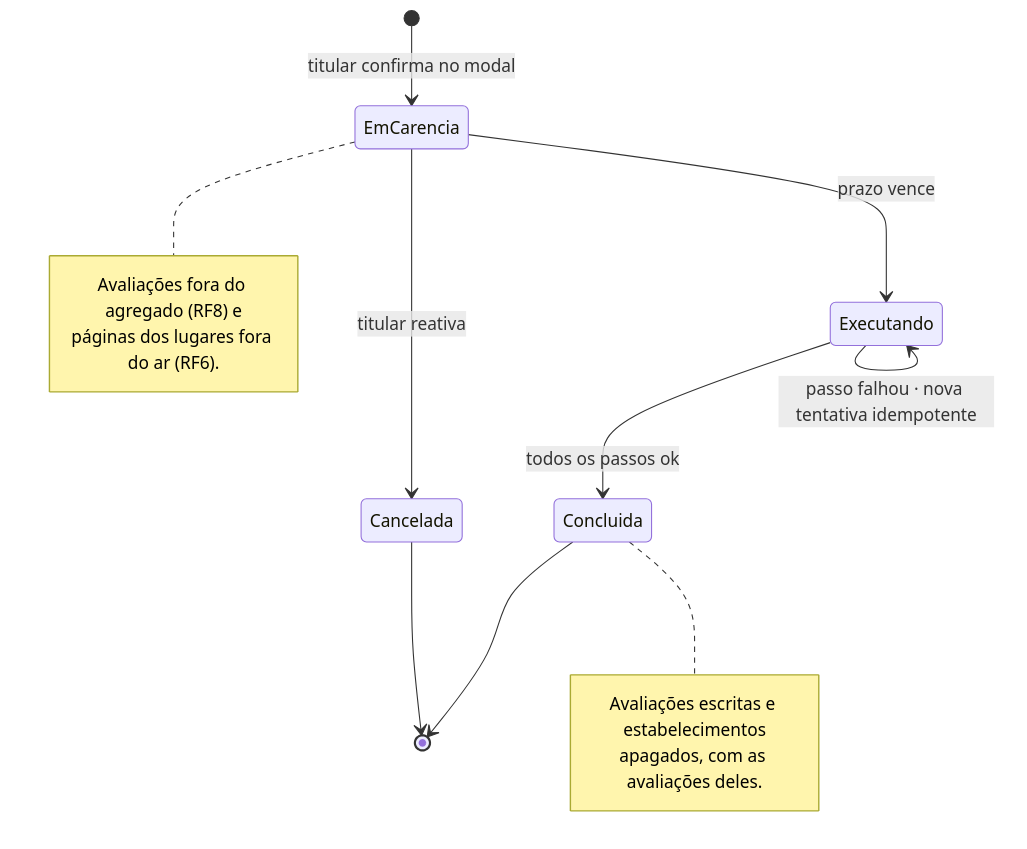
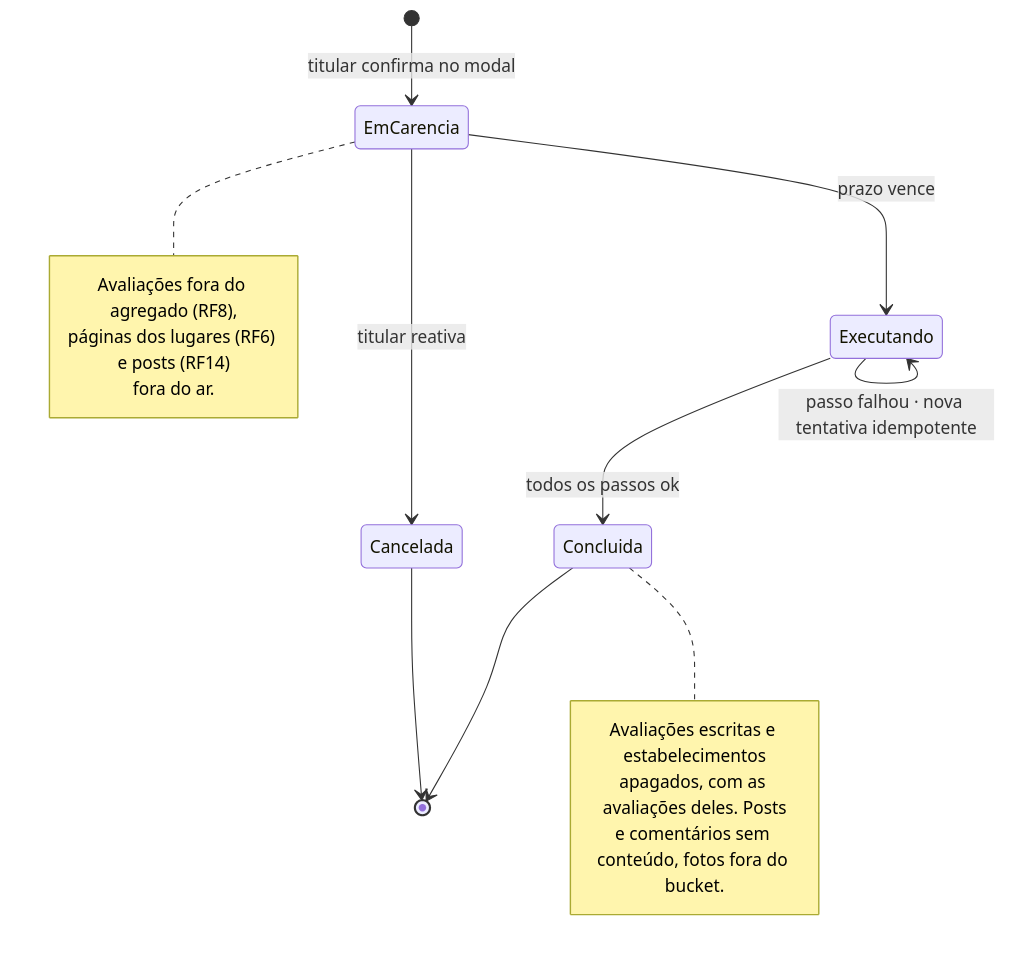
The second of 2 diagrams in docs/RF5/estados.md (MatheusHaliski/Friendly-Eats), drawn with Mermaid before and after one commit. The commit also changed 94 other files, not shown here.

````diff
--- a/docs/RF5/estados.md
+++ b/docs/RF5/estados.md
@@ -27,18 +27,20 @@
 ```mermaid
 stateDiagram-v2
     [*] --> EmCarencia : titular confirma no modal
     EmCarencia --> Cancelada : titular reativa
     EmCarencia --> Executando : prazo vence
     Executando --> Executando : passo falhou · nova tentativa idempotente
     Executando --> Concluida : todos os passos ok
     Concluida --> [*]
     Cancelada --> [*]
     note right of EmCarencia
-        Avaliações fora do agregado (RF8) e
-        páginas dos lugares fora do ar (RF6).
+        Avaliações fora do agregado (RF8),
+        páginas dos lugares (RF6) e posts (RF14)
+        fora do ar.
     end note
     note right of Concluida
         Avaliações escritas e estabelecimentos
-        apagados, com as avaliações deles.
+        apagados, com as avaliações deles. Posts
+        e comentários sem conteúdo, fotos fora do bucket.
     end note
 ```
````
